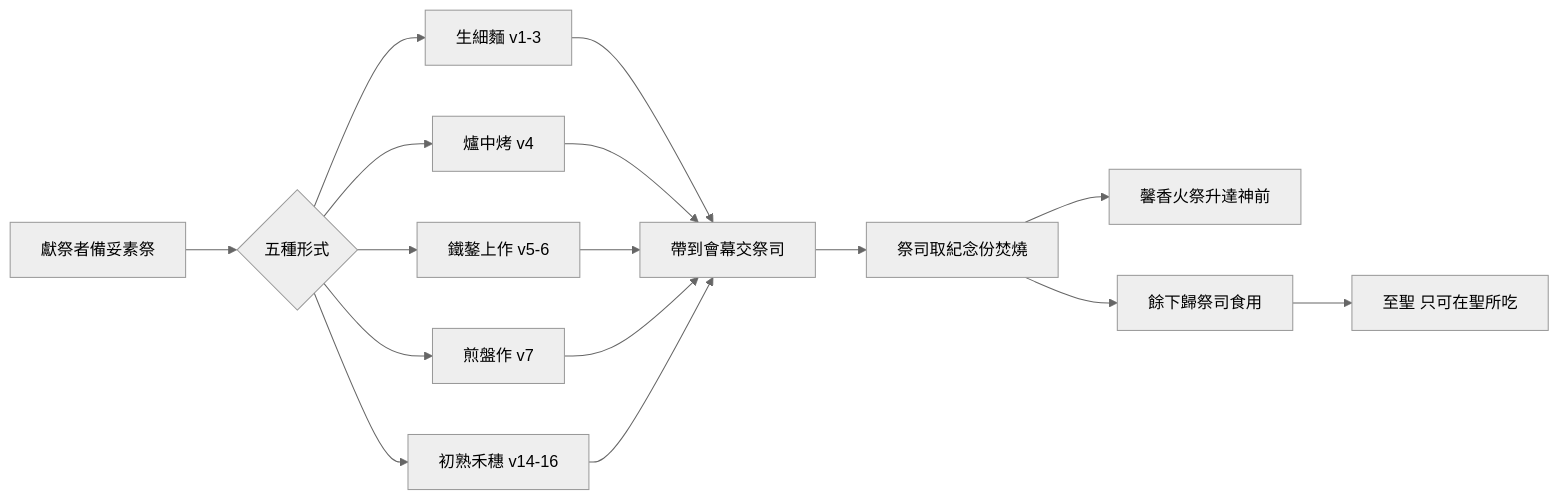
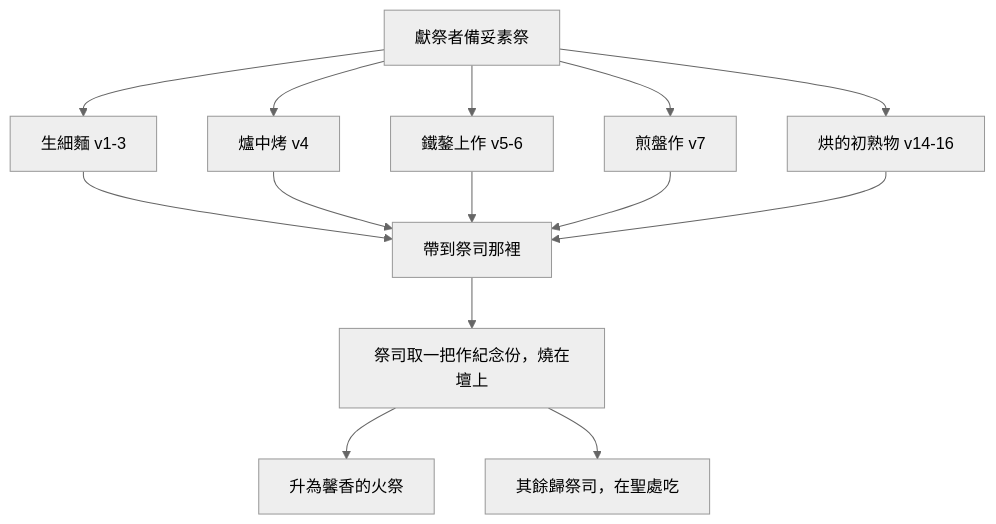
The diagram in 03 利未記/第2章.md (andyjr5566/Bible_wiki_zh), drawn with Mermaid (neutral theme) before and after one commit. The commit also changed other lines of this file and 24 other files, not shown here.

````diff
--- a/03 利未記/第2章.md
+++ b/03 利未記/第2章.md
@@ -84,14 +96,12 @@
 ```mermaid
-flowchart LR
-    A["獻祭者備妥素祭"] --> B{"五種形式"}
-    B --> C1["生細麵 v1-3"]
-    B --> C2["爐中烤 v4"]
-    B --> C3["鐵鏊上作 v5-6"]
-    B --> C4["煎盤作 v7"]
-    B --> C5["初熟禾穗 v14-16"]
-    C1 & C2 & C3 & C4 & C5 --> D["帶到會幕交祭司"]
-    D --> E["祭司取紀念份焚燒"]
-    E --> F["馨香火祭升達神前"]
-    E --> G["餘下歸祭司食用"]
-    G --> H["至聖 只可在聖所吃"]
+flowchart TD
+    A["獻祭者備妥素祭"] --> B["生細麵 v1-3"]
+    A --> C["爐中烤 v4"]
+    A --> D["鐵鏊上作 v5-6"]
+    A --> E["煎盤作 v7"]
+    A --> F["烘的初熟物 v14-16"]
+    B & C & D & E & F --> G["帶到祭司那裡"]
+    G --> H["祭司取一把作紀念份，燒在壇上"]
+    H --> I["升為馨香的火祭"]
+    H --> J["其餘歸祭司，在聖處吃"]
 ```
````
